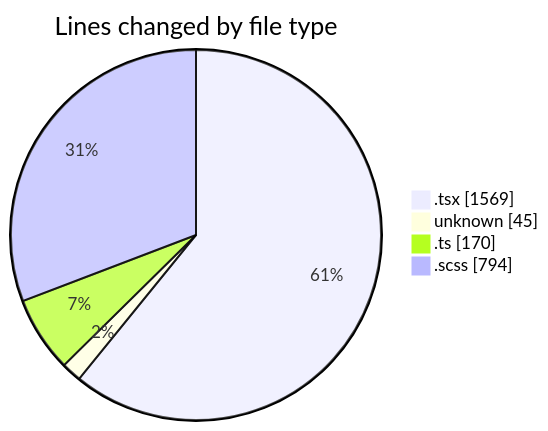
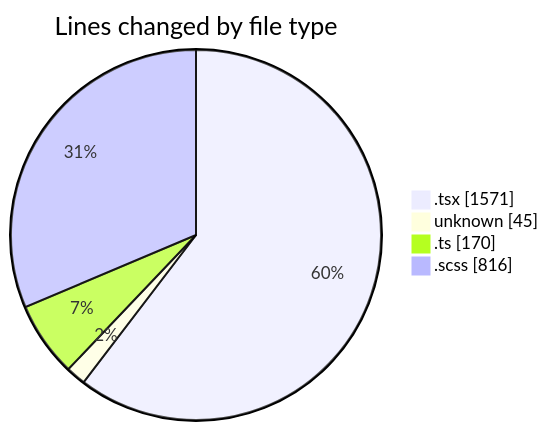
One commit to momahboobian/code-tracking changed the first of 2 diagrams in 2025-09-01/cda/README.md. Above: the diagram before and after it, drawn with Mermaid. The commit also changed other lines of this file and 1 other file, not shown here.

````diff
--- a/2025-09-01/cda/README.md
+++ b/2025-09-01/cda/README.md
@@ -26,8 +26,8 @@
 ```mermaid
 pie showData
 title Lines changed by file type
-".tsx" : 1569
+".tsx" : 1571
 "unknown" : 45
 ".ts" : 170
-".scss" : 794
+".scss" : 816
 ```
````
